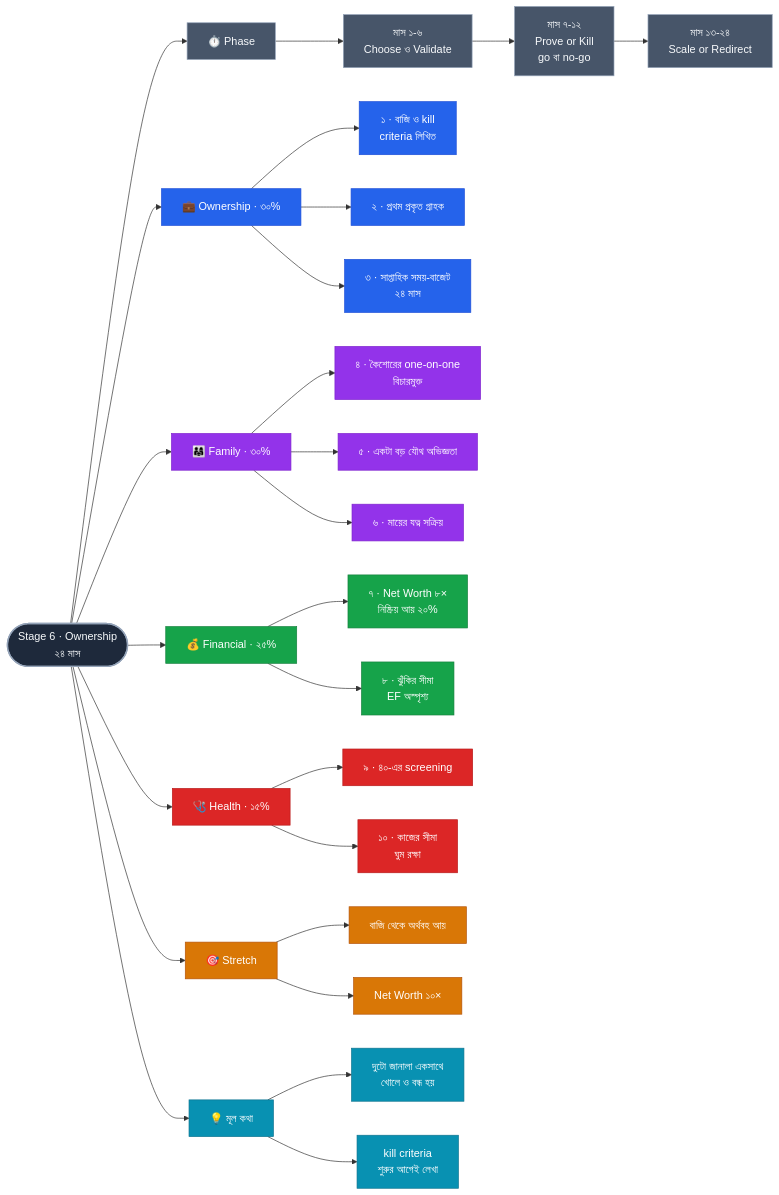
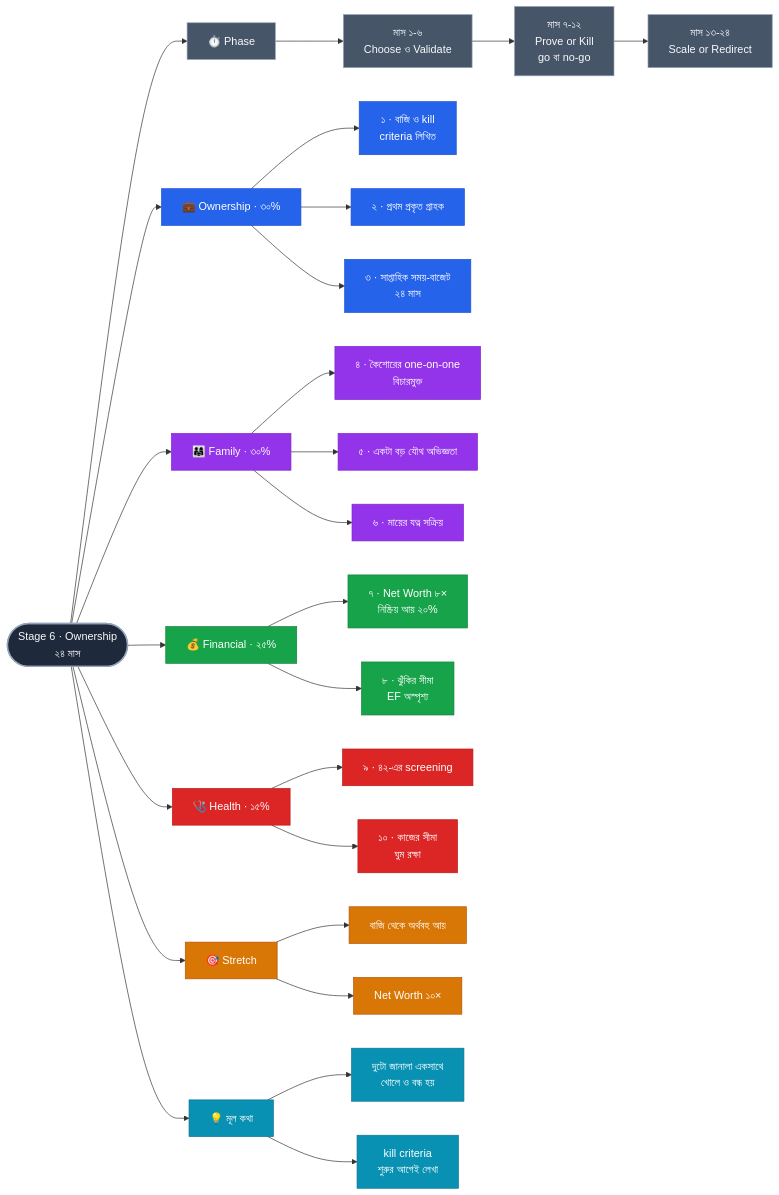
Before and after one commit to sojibrd/legacy_and_wisdom: the diagram in docs/stages/stage-06-ownership.md, drawn with Mermaid. The commit also changed other lines of this file and 29 other files, not shown here.

First line of the commit message:
Add dashboard client, stage tracking, and mermaid diagrams

````diff
--- a/docs/stages/stage-06-ownership.md
+++ b/docs/stages/stage-06-ownership.md
@@ -158,54 +158,54 @@
 ```mermaid
 flowchart LR
     S(["Stage 6 · Ownership<br/>২৪ মাস"])
 
     S --> PH["⏱️ Phase"]
     P0["মাস ১-৬<br/>Choose ও Validate"]
     P1["মাস ৭-১২<br/>Prove or Kill<br/>go বা no-go"]
     P2["মাস ১৩-২৪<br/>Scale or Redirect"]
     PH --> P0 --> P1 --> P2
 
     S --> G0["💼 Ownership · ৩০%"]
     G0 --> G00["১ · বাজি ও kill<br/>criteria লিখিত"]
     G0 --> G01["২ · প্রথম প্রকৃত গ্রাহক"]
     G0 --> G02["৩ · সাপ্তাহিক সময়-বাজেট<br/>২৪ মাস"]
 
     S --> G1["👨‍👩‍👧 Family · ৩০%"]
     G1 --> G10["৪ · কৈশোরের one-on-one<br/>বিচারমুক্ত"]
     G1 --> G11["৫ · একটা বড় যৌথ অভিজ্ঞতা"]
     G1 --> G12["৬ · মায়ের যত্ন সক্রিয়"]
 
     S --> G2["💰 Financial · ২৫%"]
     G2 --> G20["৭ · Net Worth ৮×<br/>নিষ্ক্রিয় আয় ২০%"]
     G2 --> G21["৮ · ঝুঁকির সীমা<br/>EF অস্পৃশ্য"]
 
     S --> G3["🩺 Health · ১৫%"]
-    G3 --> G30["৯ · ৪০-এর screening"]
+    G3 --> G30["৯ · ৪২-এর screening"]
     G3 --> G31["১০ · কাজের সীমা<br/>ঘুম রক্ষা"]
 
     S --> G4["🎯 Stretch"]
     G4 --> G40["বাজি থেকে অর্থবহ আয়"]
     G4 --> G41["Net Worth ১০×"]
 
     S --> G5["💡 মূল কথা"]
     G5 --> G50["দুটো জানালা একসাথে<br/>খোলে ও বন্ধ হয়"]
     G5 --> G51["kill criteria<br/>শুরুর আগেই লেখা"]
 
     classDef root fill:#1e293b,stroke:#94a3b8,stroke-width:2px,color:#f8fafc
     classDef phase fill:#475569,stroke:#94a3b8,color:#f8fafc
     classDef tech fill:#2563eb,stroke:#1d4ed8,color:#ffffff
     classDef fin fill:#16a34a,stroke:#15803d,color:#ffffff
     classDef health fill:#dc2626,stroke:#b91c1c,color:#ffffff
     classDef fam fill:#9333ea,stroke:#7e22ce,color:#ffffff
     classDef stretch fill:#d97706,stroke:#b45309,color:#ffffff
     classDef urgent fill:#be123c,stroke:#9f1239,color:#ffffff
     classDef note fill:#0891b2,stroke:#0e7490,color:#ffffff
     class S root
     class PH,P0,P1,P2 phase
     class G0,G00,G01,G02 tech
     class G1,G10,G11,G12 fam
     class G2,G20,G21 fin
     class G3,G30,G31 health
     class G4,G40,G41 stretch
     class G5,G50,G51 note
 ```
````
